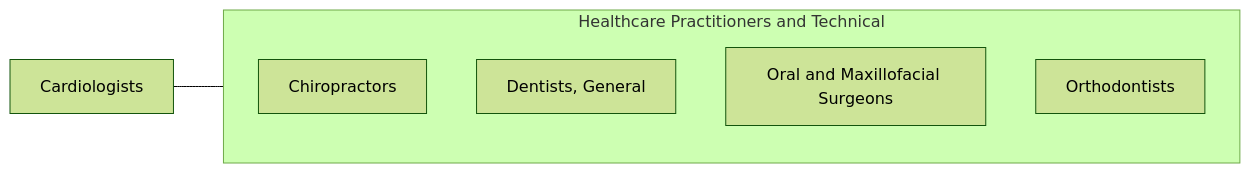
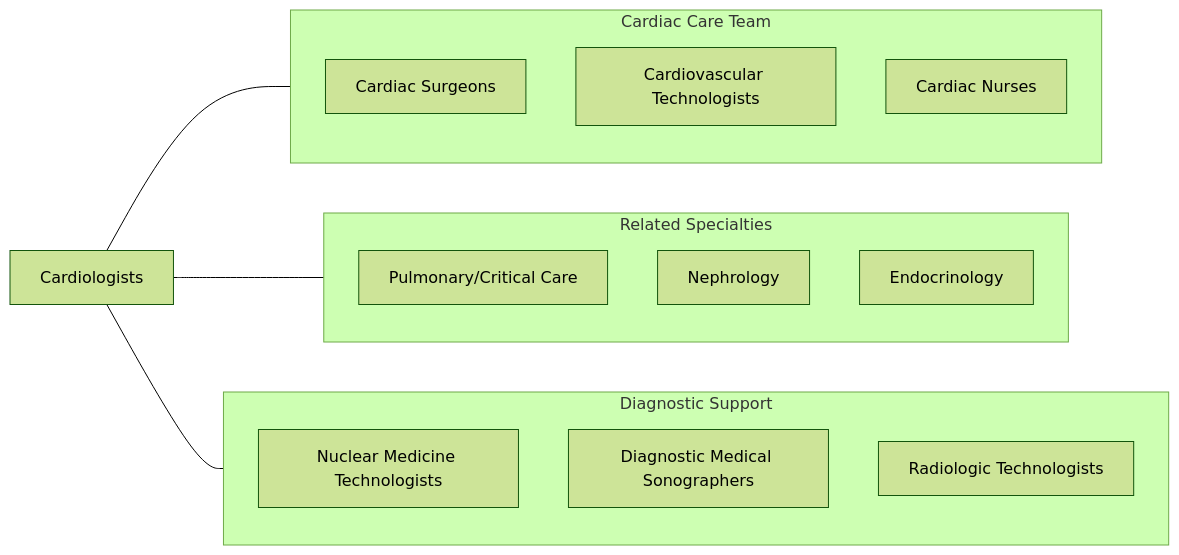
One commit to kziemski/business.org.ai changed the fourth of 4 diagrams in occupations/HealthcarePractitioners/Cardiologists.mdx. Above: the diagram before and after it, drawn with Mermaid (forest theme). The commit also changed other lines of this file and 938 other files, not shown here.

````diff
--- a/occupations/HealthcarePractitioners/Cardiologists.mdx
+++ b/occupations/HealthcarePractitioners/Cardiologists.mdx
@@ -115,13 +219,26 @@
 ```mermaid
 graph LR
     Current["Cardiologists"]
 
-    subgraph SameCategory["Healthcare Practitioners and Technical"]
-        Chiropractors["Chiropractors"]
-        DentistsGeneral["Dentists, General"]
-        OralAndMaxillofacial["Oral and Maxillofacial Surgeons"]
-        Orthodontists["Orthodontists"]
+    subgraph CardiacTeam["Cardiac Care Team"]
+        CardSurg["Cardiac Surgeons"]
+        CardioTech["Cardiovascular Technologists"]
+        CardiacNurse["Cardiac Nurses"]
     end
 
-    Current --- SameCategory
+    subgraph RelatedSpecialties["Related Specialties"]
+        PulmCrit["Pulmonary/Critical Care"]
+        Nephrology["Nephrology"]
+        Endocrine["Endocrinology"]
+    end
+
+    subgraph Support["Diagnostic Support"]
+        NucMed["Nuclear Medicine Technologists"]
+        Sonographers["Diagnostic Medical Sonographers"]
+        RadTech["Radiologic Technologists"]
+    end
+
+    Current --- CardiacTeam
+    Current --- RelatedSpecialties
+    Current --- Support
 ```
````
